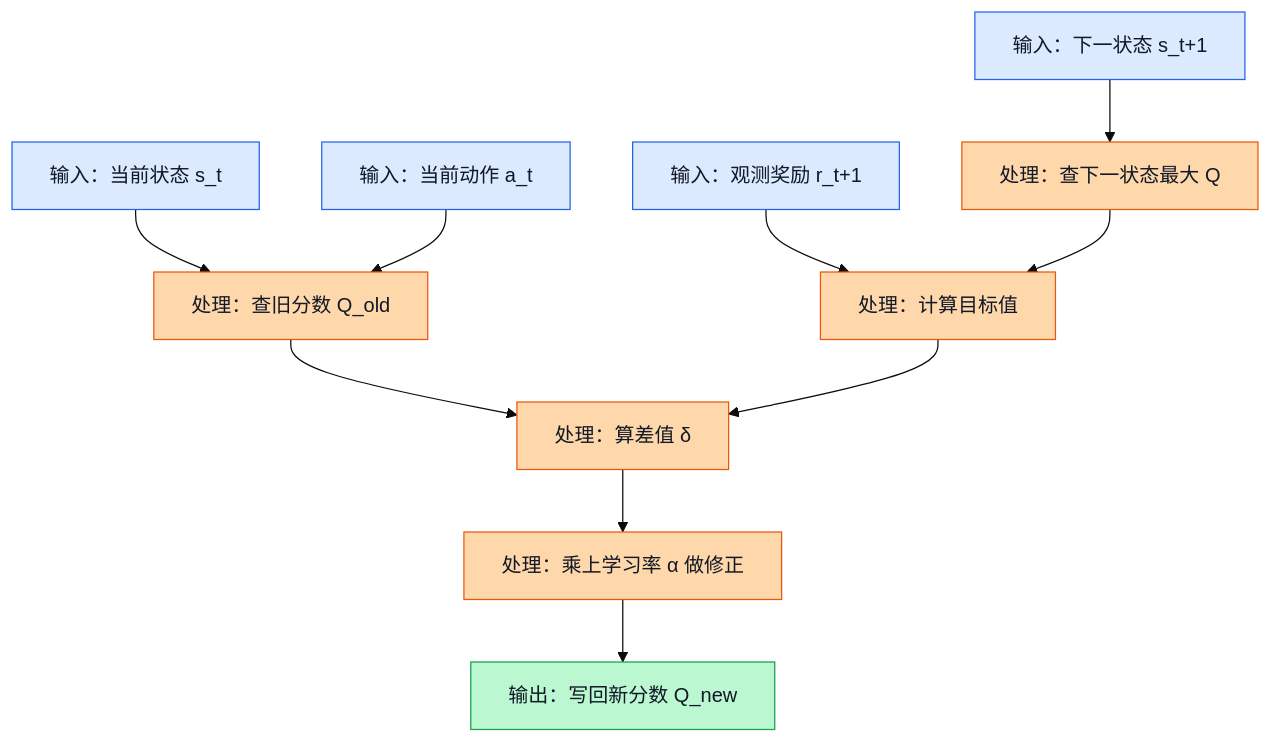
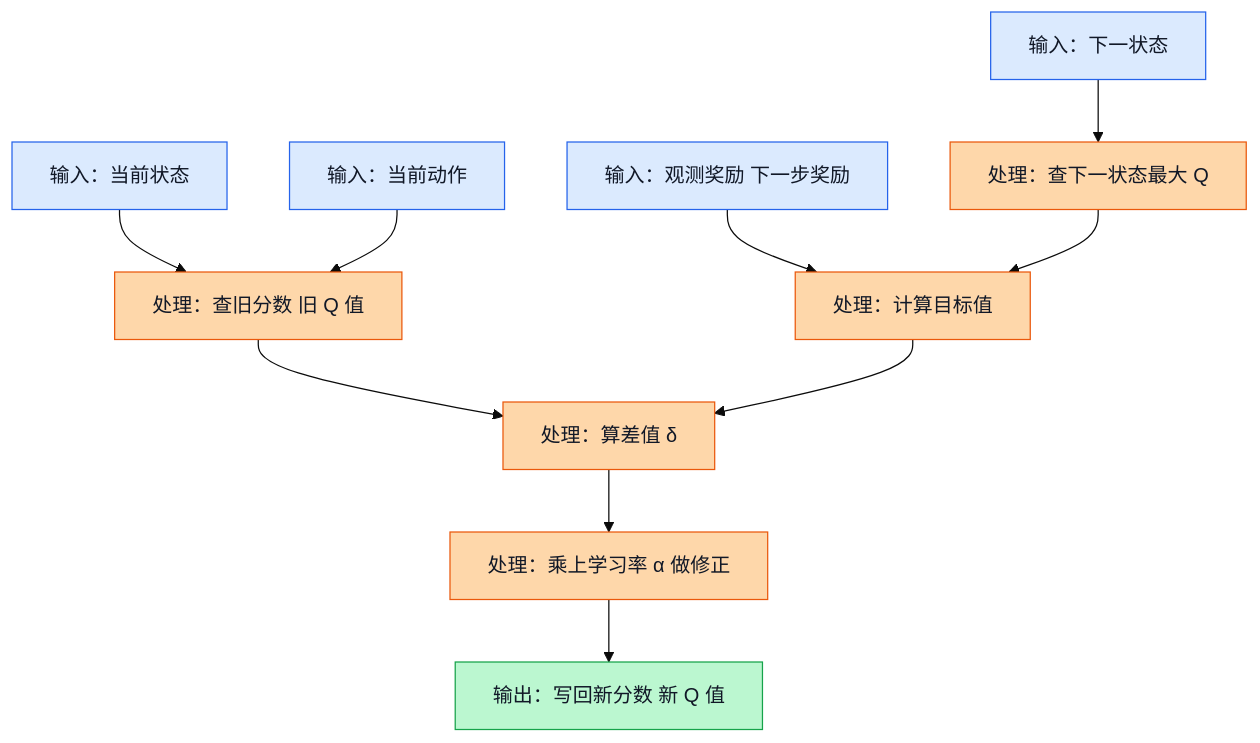
Before and after one commit to Mrphase/RL-Doc: the third of 5 diagrams in learn/07_Tabular_Q_Learning.md, drawn with Mermaid (base theme). The commit also changed other lines of this file and 14 other files, not shown here.

First line of the commit message:
fix: clean mermaid labels in learn docs

````diff
--- a/learn/07_Tabular_Q_Learning.md
+++ b/learn/07_Tabular_Q_Learning.md
@@ -361,20 +361,20 @@
 ```mermaid
 flowchart TD
-    S[输入：当前状态 s_t] --> Q0[处理：查旧分数 Q_old]
-    A[输入：当前动作 a_t] --> Q0
-    R[输入：观测奖励 r_t+1] --> T[处理：计算目标值]
-    SN[输入：下一状态 s_t+1] --> M[处理：查下一状态最大 Q]
+    S[输入：当前状态] --> Q0[处理：查旧分数 旧 Q 值]
+    A[输入：当前动作] --> Q0
+    R[输入：观测奖励 下一步奖励] --> T[处理：计算目标值]
+    SN[输入：下一状态] --> M[处理：查下一状态最大 Q]
     M --> T
     Q0 --> D[处理：算差值 δ]
     T --> D
     D --> U[处理：乘上学习率 α 做修正]
-    U --> Q1[输出：写回新分数 Q_new]
+    U --> Q1[输出：写回新分数 新 Q 值]
 
     classDef input fill:#dbeafe,stroke:#2563eb,color:#111827;
     classDef process fill:#fed7aa,stroke:#ea580c,color:#111827;
     classDef output fill:#bbf7d0,stroke:#16a34a,color:#111827;
 
     class S,A,R,SN input;
     class Q0,T,M,D,U process;
     class Q1 output;
 ```
````
